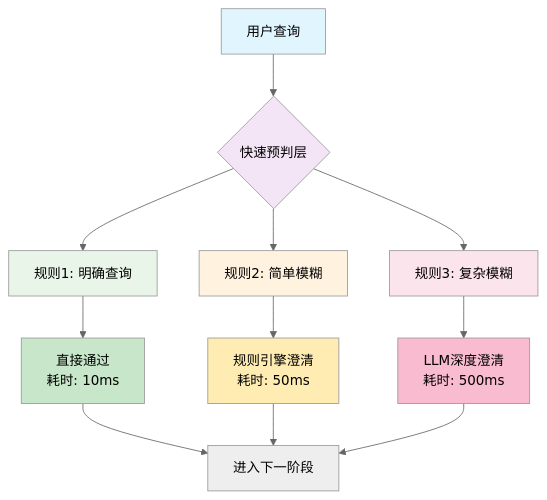
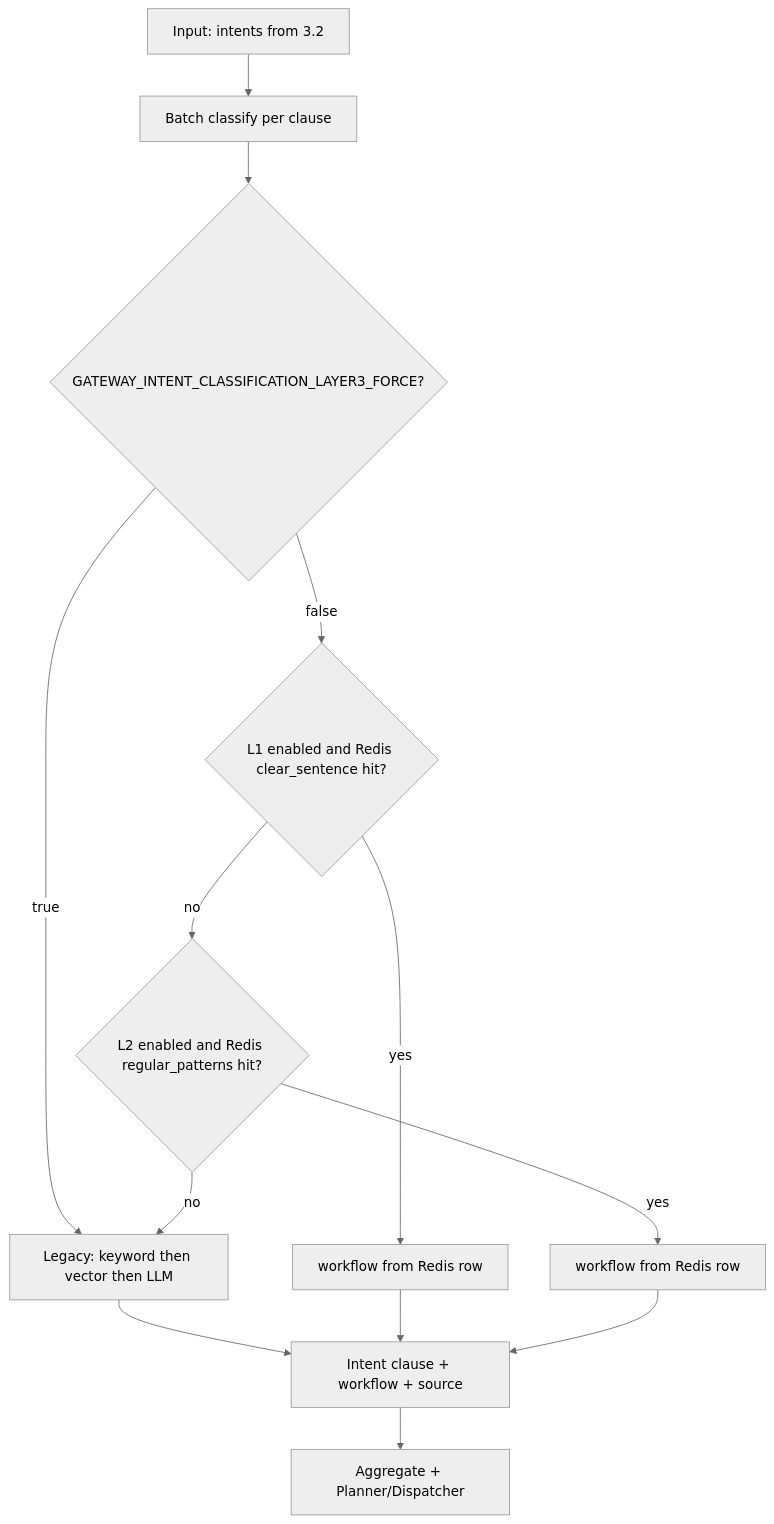
The sixth of 13 diagrams in docs/FRAMEWORK.md (lenhop/IC-RAG-Agent), drawn with Mermaid (neutral theme) before and after one commit. The commit also changed other lines of this file and 17 other files, not shown here.

Commit message:
update route llm flows

````diff
--- a/docs/FRAMEWORK.md
+++ b/docs/FRAMEWORK.md
@@ -300,25 +429,15 @@
 ```mermaid
 flowchart TD
-    A[用户查询] --> B{快速预判层}
-    
-    B --> C[规则1: 明确查询]
-    B --> D[规则2: 简单模糊]
-    B --> E[规则3: 复杂模糊]
-    
-    C --> F[直接通过<br/>耗时: 10ms]
-    D --> G[规则引擎澄清<br/>耗时: 50ms]
-    E --> H[LLM深度澄清<br/>耗时: 500ms]
-    
-    F --> I[进入下一阶段]
-    G --> I
-    H --> I
-    
-    style A fill:#e1f5fe
-    style B fill:#f3e5f5
-    style C fill:#e8f5e8
-    style D fill:#fff3e0
-    style E fill:#fce4ec
-    style F fill:#c8e6c9
-    style G fill:#ffecb3
-    style H fill:#f8bbd0
+    A[Input: intents from 3.2] --> B[Batch classify per clause]
+    B --> C{GATEWAY_INTENT_CLASSIFICATION_LAYER3_FORCE?}
+    C -->|true| L3[Legacy: keyword then vector then LLM]
+    C -->|false| D{L1 enabled and Redis clear_sentence hit?}
+    D -->|yes| R1[workflow from Redis row]
+    D -->|no| E{L2 enabled and Redis regular_patterns hit?}
+    E -->|yes| R2[workflow from Redis row]
+    E -->|no| L3
+    L3 --> F[Intent clause + workflow + source]
+    R1 --> F
+    R2 --> F
+    F --> G[Aggregate + Planner/Dispatcher]
 ```
````
